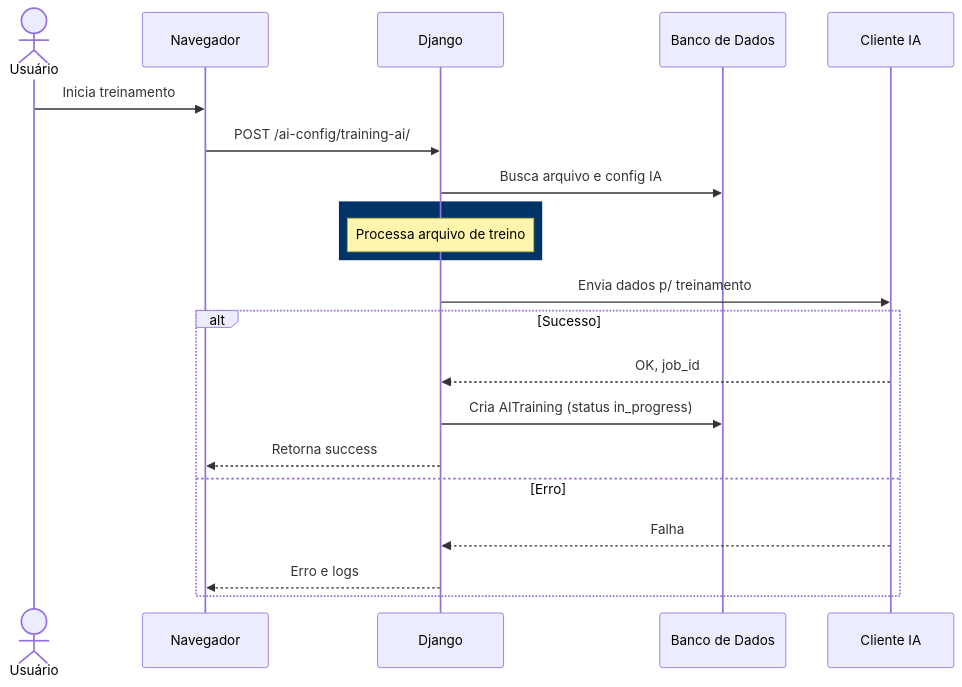
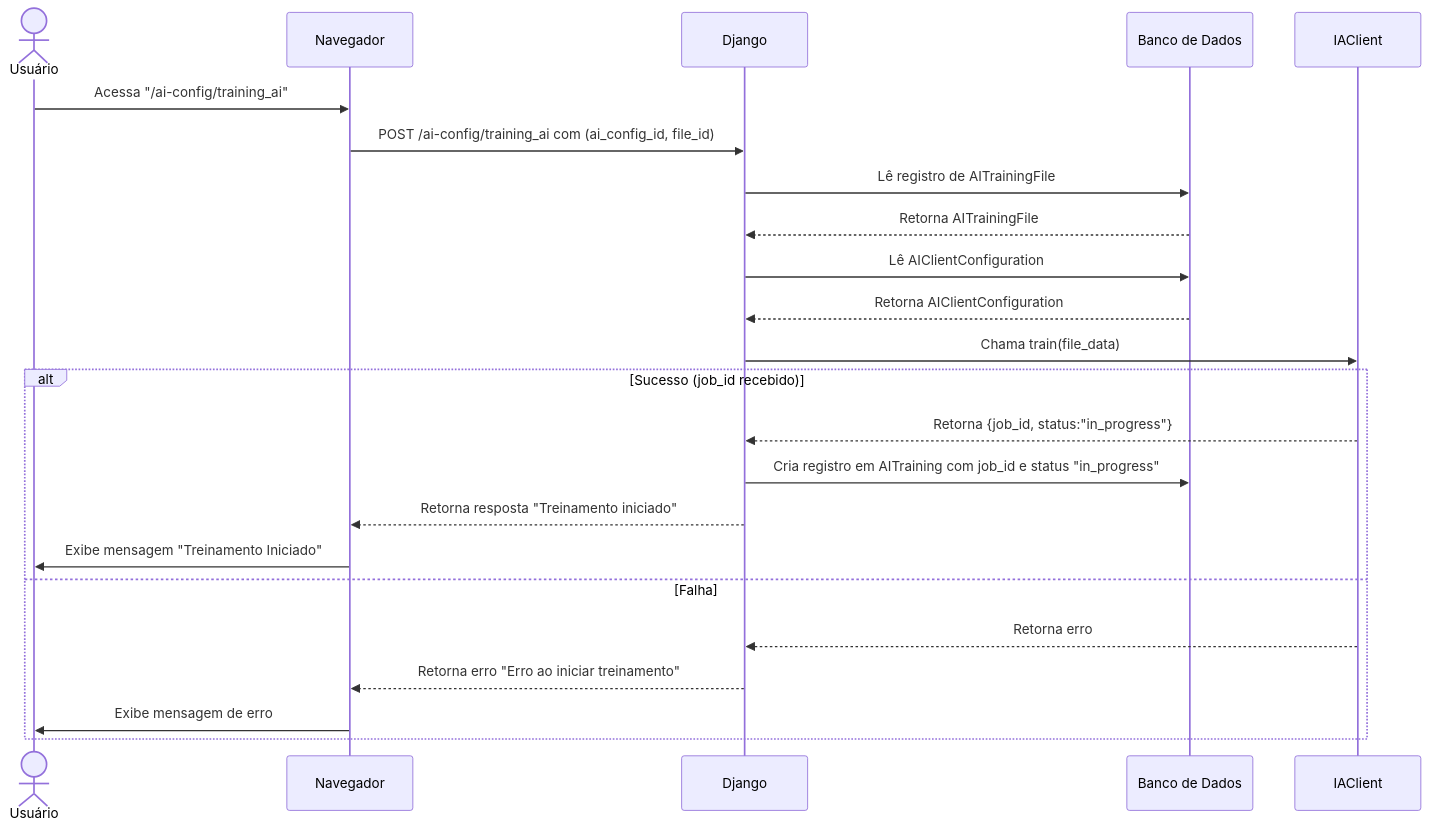
The tenth of 26 diagrams in README.md (diegogrosmann/EnsinaNet.AI), drawn with Mermaid before and after one commit. The commit also changed other lines of this file and 117 other files, not shown here.

````diff
--- a/README.md
+++ b/README.md
@@ -749,26 +792,26 @@
 ```mermaid
 sequenceDiagram
     actor U as Usuário
     participant N as Navegador
     participant D as Django
     participant DB as Banco de Dados
-    participant AI as Cliente IA
+    participant IA as IAClient
 
-    U->>N: Inicia treinamento
-    N->>D: POST /ai-config/training-ai/
-    D->>DB: Busca arquivo e config IA
-    
-    rect rgb(0, 51, 102)
-    Note over D: Processa arquivo de treino
-    end
-
-    D->>AI: Envia dados p/ treinamento
-    alt Sucesso
-        AI-->>D: OK, job_id
-        D->>DB: Cria AITraining (status in_progress)
-        D-->>N: Retorna success
-    else Erro
-        AI-->>D: Falha
-        D-->>N: Erro e logs
+    U->>N: Acessa "/ai-config/training_ai"
+    N->>D: POST /ai-config/training_ai com (ai_config_id, file_id)
+    D->>DB: Lê registro de AITrainingFile
+    DB-->>D: Retorna AITrainingFile
+    D->>DB: Lê AIClientConfiguration
+    DB-->>D: Retorna AIClientConfiguration
+    D->>IA: Chama train(file_data)
+    alt Sucesso (job_id recebido)
+        IA-->>D: Retorna {job_id, status:"in_progress"}
+        D->>DB: Cria registro em AITraining com job_id e status "in_progress"
+        D-->>N: Retorna resposta "Treinamento iniciado"
+        N->>U: Exibe mensagem "Treinamento Iniciado"
+    else Falha
+        IA-->>D: Retorna erro
+        D-->>N: Retorna erro "Erro ao iniciar treinamento"
+        N->>U: Exibe mensagem de erro
     end
 ```
````
